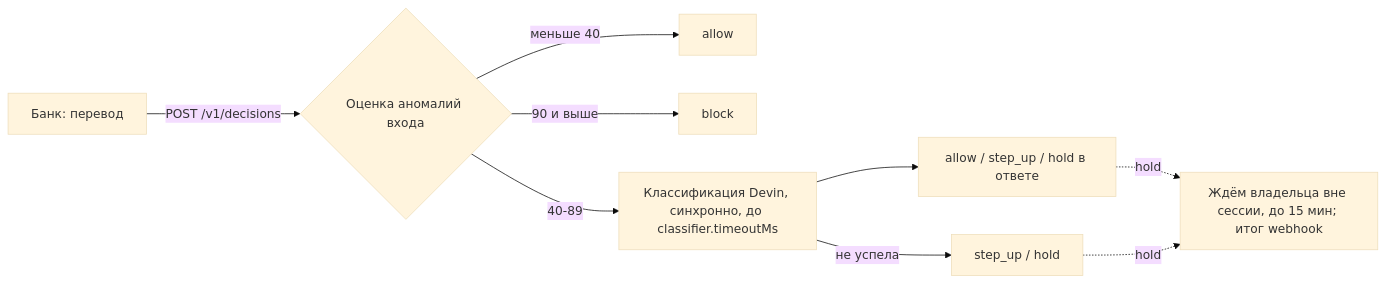
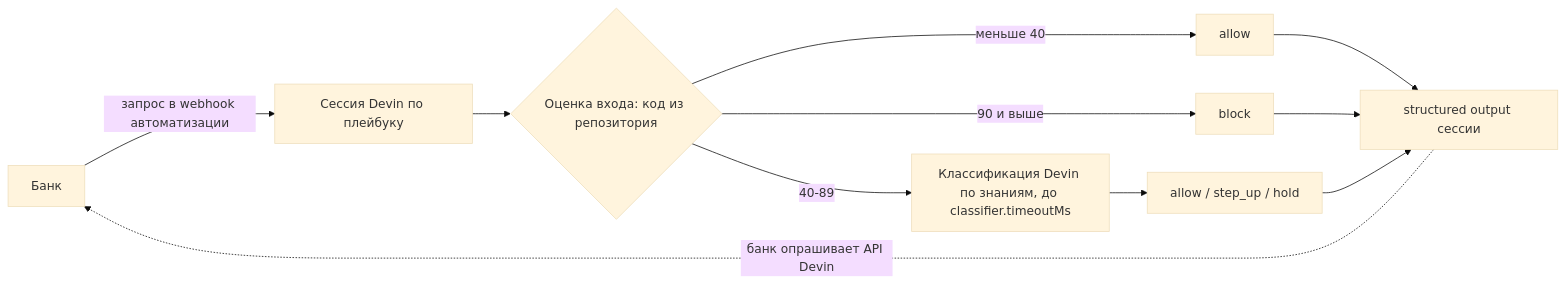
Before and after one commit to hackaton201126/nightwatch: the diagram in docs/plan.md, drawn with Mermaid (base theme). The commit also changed other lines of this file, not shown here.

Commit message:
docs: move the decision into Devin Cloud

````diff
--- a/docs/plan.md
+++ b/docs/plan.md
@@ -13,11 +14,11 @@
 ```mermaid
 flowchart LR
-  bank[Банк: перевод] -->|POST /v1/decisions| score{Оценка аномалий входа}
+  bank[Банк] -->|запрос в webhook автоматизации| s[Сессия Devin по плейбуку]
+  s --> score{Оценка входа: код из репозитория}
   score -->|меньше 40| allow[allow]
   score -->|90 и выше| block[block]
-  score -->|40-89| llm[Классификация Devin, синхронно, до classifier.timeoutMs]
-  llm --> answer[allow / step_up / hold в ответе]
-  llm -->|не успела| fallback[step_up / hold]
-  answer -.->|hold| owner[Ждём владельца вне сессии, до 15 мин; итог webhook]
-  fallback -.->|hold| owner
+  score -->|40-89| llm[Классификация Devin по знаниям, до classifier.timeoutMs]
+  llm --> out[allow / step_up / hold]
+  allow & block & out --> so[structured output сессии]
+  so -.->|банк опрашивает API Devin| bank
 ```
````
